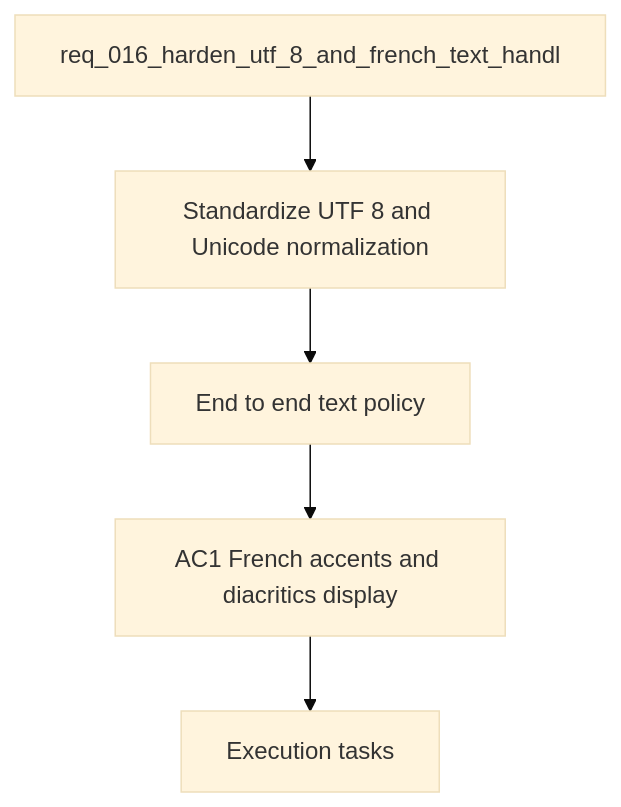
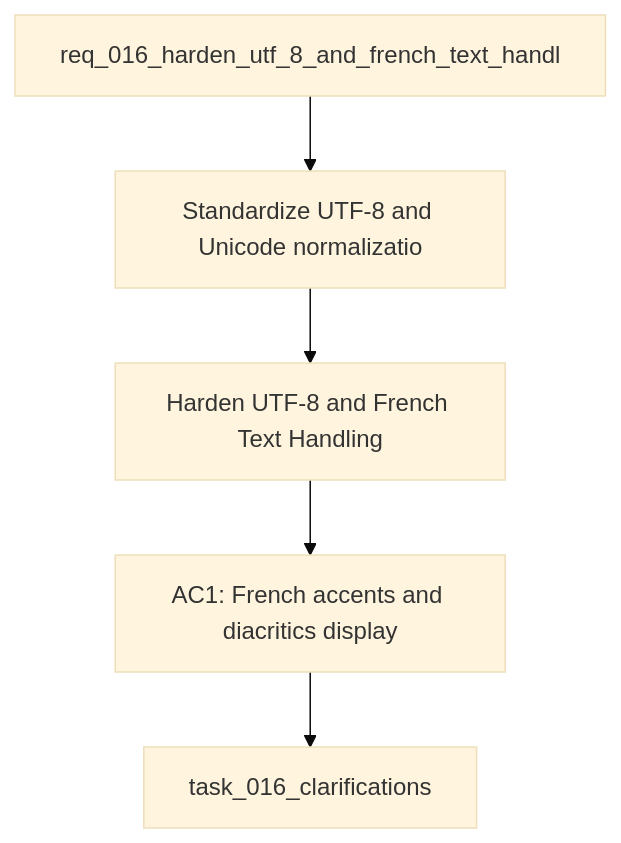
The diagram in logics/backlog/item_016_clarifications.md (Jilanos/Coach_garmin), drawn with Mermaid (base theme) before and after one commit. The commit also changed 36 other files, not shown here.

````diff
--- a/logics/backlog/item_016_clarifications.md
+++ b/logics/backlog/item_016_clarifications.md
@@ -26,9 +26,9 @@
 ```mermaid
 %% logics-kind: backlog
 %% logics-signature: backlog|harden-utf-8-and-french-text-handling-en|req-016-harden-utf-8-and-french-text-han|standardize-utf-8-and-unicode-normalizat|ac1-french-accents-and-diacritics-displa
 flowchart TD
-    Request[req_016_harden_utf_8_and_french_text_handl] --> Problem[Standardize UTF 8 and Unicode normalization]
-    Problem --> Scope[End to end text policy]
-    Scope --> Acceptance[AC1 French accents and diacritics display]
-    Acceptance --> Tasks[Execution tasks]
+    Request[req_016_harden_utf_8_and_french_text_handl] --> Problem[Standardize UTF-8 and Unicode normalizatio]
+    Problem --> Scope[Harden UTF-8 and French Text Handling]
+    Scope --> Acceptance[AC1: French accents and diacritics display]
+    Acceptance --> Tasks[task_016_clarifications]
 ```
````
